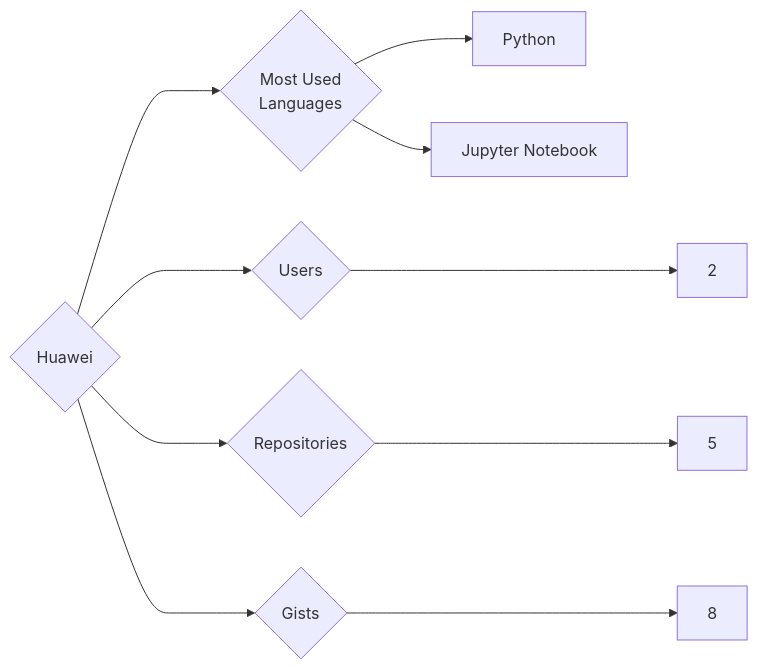
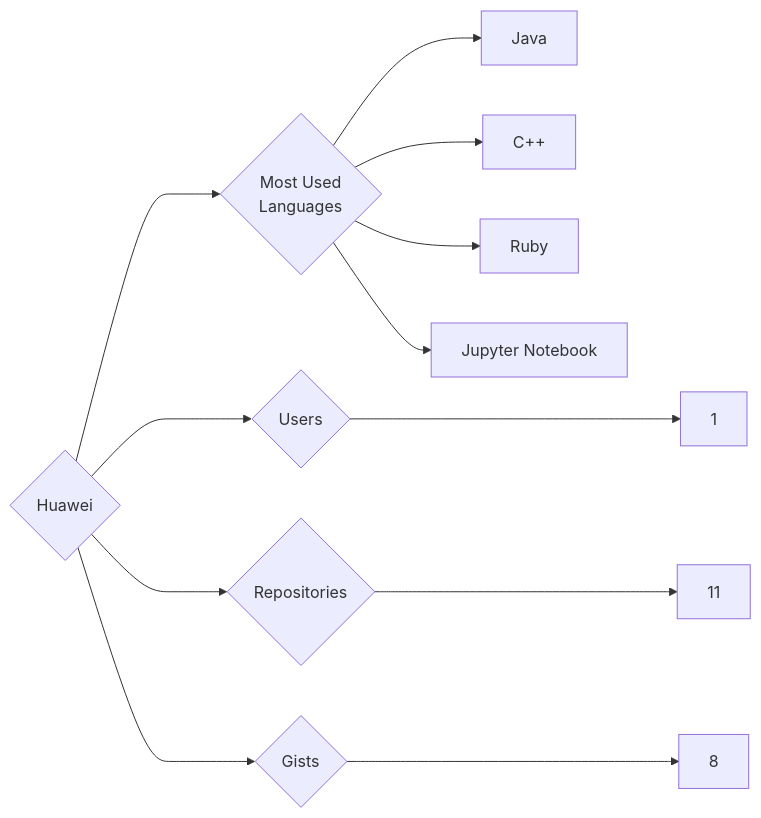
Before and after one commit to trickest/insiders: the diagram in targets/Huawei/README.md, drawn with Mermaid. The commit also changed 998 other files, not shown here.

````diff
--- a/targets/Huawei/README.md
+++ b/targets/Huawei/README.md
@@ -3,10 +3,12 @@
 ```mermaid
 graph LR
 COMPANY_NAME{Huawei}
-COMPANY_NAME ---> U{Users} ---> UN[2]
-COMPANY_NAME ---> R{Repositories} ---> RN[5]
+COMPANY_NAME ---> U{Users} ---> UN[1]
+COMPANY_NAME ---> R{Repositories} ---> RN[11]
 COMPANY_NAME ---> G{Gists} ---> GN[8]
 COMPANY_NAME ---> ML{Most Used<br>Languages}
-ML --> Python[Python]
+ML --> Java[Java]
+ML --> C++[C++]
+ML --> Ruby[Ruby]
 ML --> Jupyter_Notebook[Jupyter Notebook]
 ```
````
